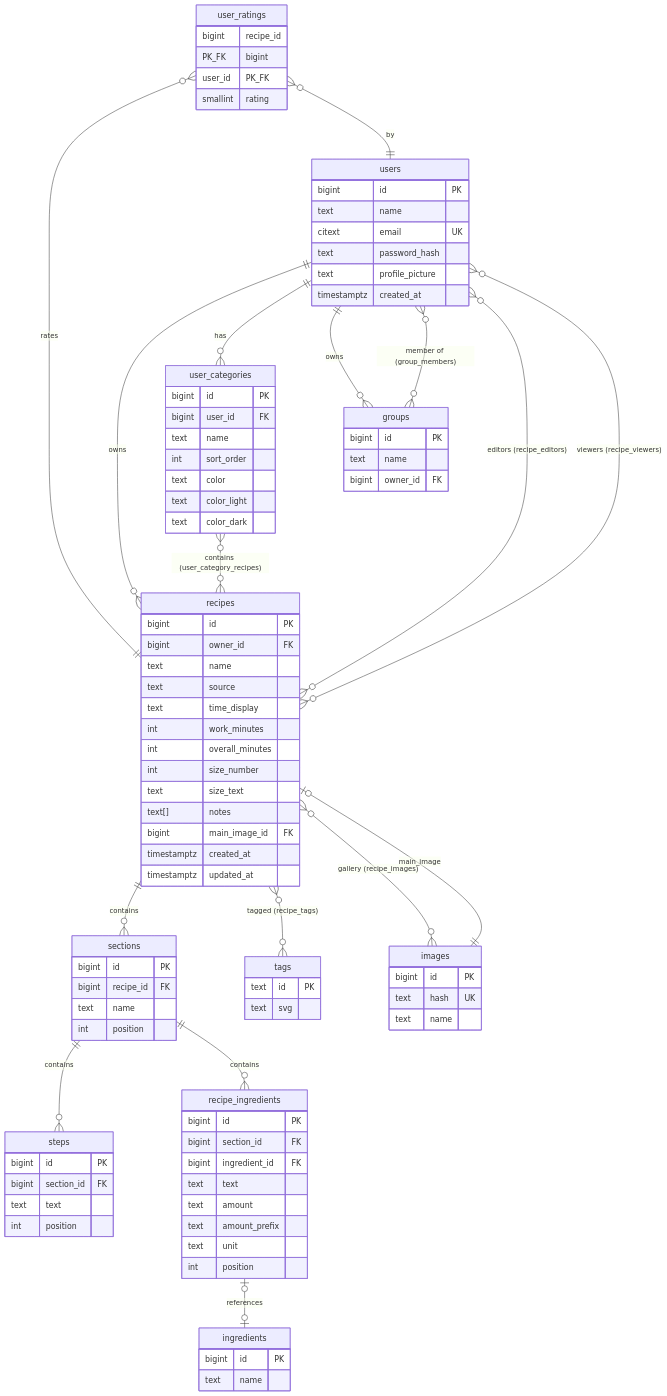
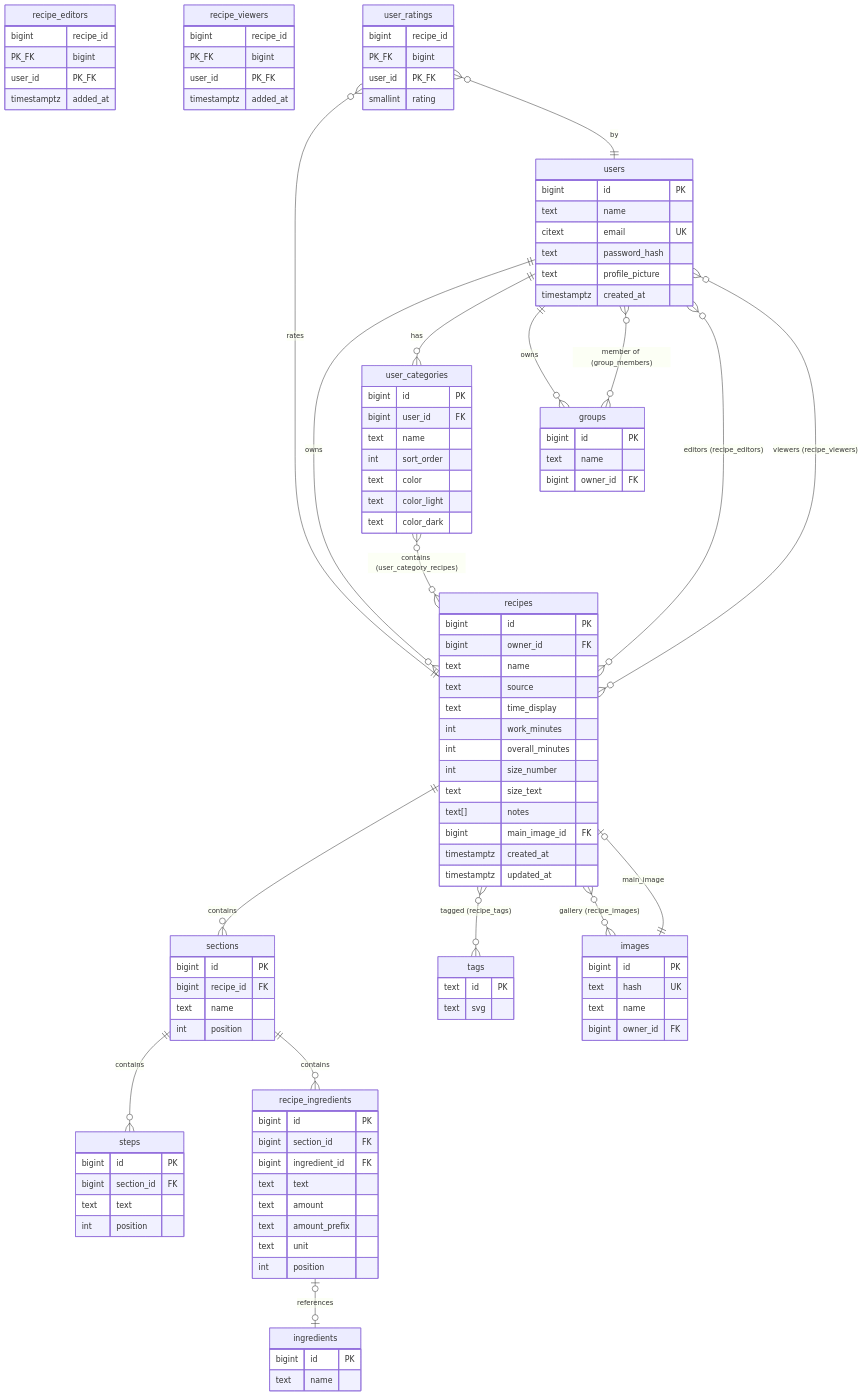
One commit to klassenserver7b/foodly-backend changed the diagram in resources/md/04_Database_Layout.md. Above: the diagram before and after it, drawn with Mermaid. The commit also changed other lines of this file and 3 other files, not shown here.

```diff
--- a/resources/md/04_Database_Layout.md
+++ b/resources/md/04_Database_Layout.md
@@ -408,6 +412,19 @@
         bigint id PK
         text hash UK
         text name
+        bigint owner_id FK
+    }
+
+    recipe_editors {
+        bigint recipe_id PK_FK
+        bigint user_id PK_FK
+        timestamptz added_at
+    }
+
+    recipe_viewers {
+        bigint recipe_id PK_FK
+        bigint user_id PK_FK
+        timestamptz added_at
     }
 
     user_ratings {
```
